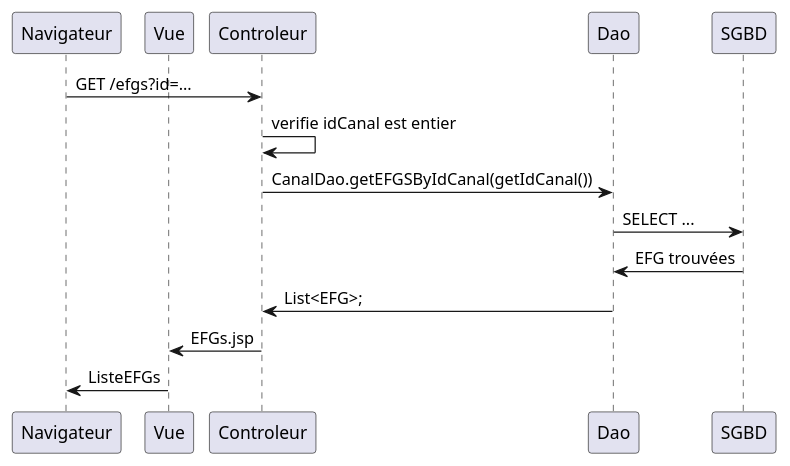
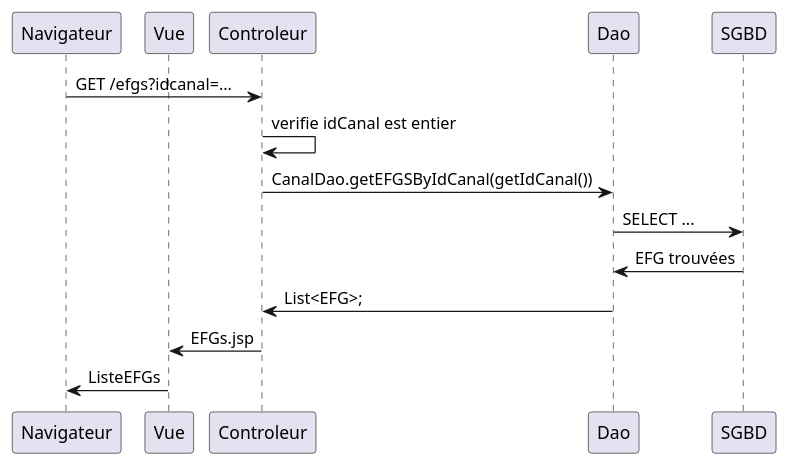
Before and after one commit to michel-plasse/siomassy2021: the diagram in src/main/webapp/doc/listerEFG.puml, drawn with PlantUML. The commit also changed other lines of this file and 3 other files, not shown here.

```diff
--- a/src/main/webapp/doc/listerEFG.puml
+++ b/src/main/webapp/doc/listerEFG.puml
@@ -1,15 +1,15 @@
  @startuml
 ' par défaut, les couches sont disposées dans l'ordre d'apparition
 ' nous utilison participant pour préciser qu'après Navigateur il y a Vue et non Controleur
 participant Navigateur
 participant Vue
 
-Navigateur -> Controleur: GET /efgs?id=...
+Navigateur -> Controleur: GET /efgs?idcanal=...
 Controleur -> Controleur: verifie idCanal est entier
 Controleur -> Dao: CanalDao.getEFGSByIdCanal(getIdCanal())
 Dao -> SGBD: SELECT ...
 SGBD -> Dao: EFG trouvées 
 Dao -> Controleur: List<EFG>;
 Controleur -> Vue: EFGs.jsp
 Vue -> Navigateur: ListeEFGs
 @enduml
```
